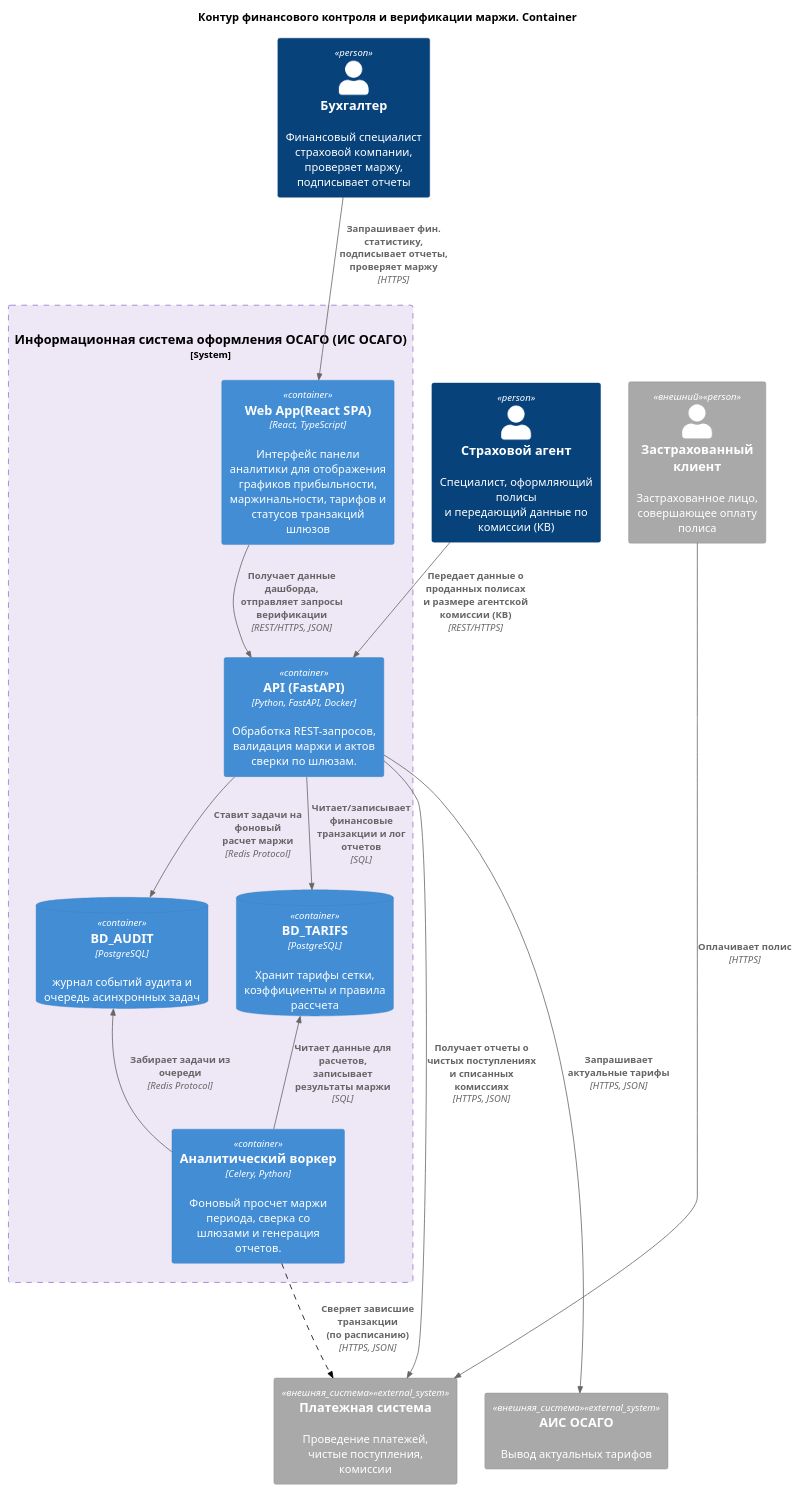
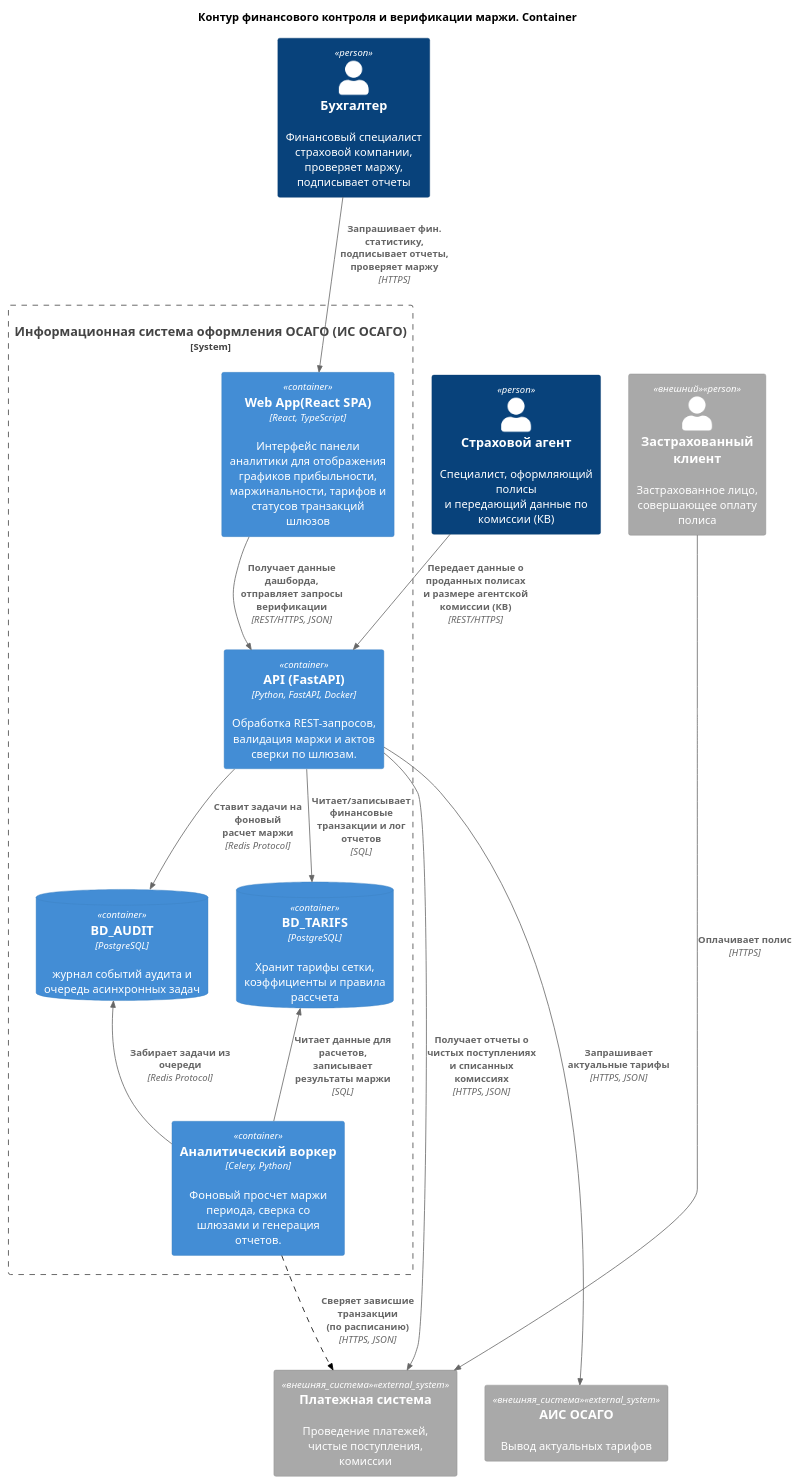
Before and after one commit to ElectricLight-ELO/Insurance-system: the diagram in docs_and_diagrams/Misha/container.puml, drawn with PlantUML. The commit also changed 1 other file, not shown here.

```diff
--- a/docs_and_diagrams/Misha/container.puml
+++ b/docs_and_diagrams/Misha/container.puml
@@ -1,70 +1,70 @@
 @startuml
 !include https://raw.githubusercontent.com/plantuml-stdlib/C4-PlantUML/master/C4_Container.puml
 
 title Контур финансового контроля и верификации маржи. Container
 
 ' === НАСТРОЙКА ЦВЕТОВ ===
 AddSystemTag("внешняя_система", $bgColor="#A9A9A9", $borderColor="#8A8A8A", $fontColor="#FFFFFF")
-AddBoundaryTag("фиолетовый_сервис", $bgColor="#EDE7F6", $borderColor="#9575CD", $fontColor="#000000")
+
 AddRelTag("пунктир", $lineStyle=DashedLine(), $lineColor="#000000", $legendText="Асинхронное взаимодействие (фоновая обработка)")
 
 AddPersonTag("внешний", $bgColor="#A9A9A9", $borderColor="#8A8A8A", $fontColor="#FFFFFF")
 AddSystemTag("внешняя_система", $bgColor="#A9A9A9", $borderColor="#8A8A8A", $fontColor="#FFFFFF")
 
 ' === ЭЛЕМЕНТЫ (Три актора) ===
 Person(accountant, "Бухгалтер", "Финансовый специалист страховой компании,\nпроверяет маржу, подписывает отчеты")
 Person(agent, "Страховой агент", "Специалист, оформляющий полисы\nи передающий данные по комиссии (КВ)")
 Person(client, "Застрахованный клиент", "Застрахованное лицо,\nсовершающее оплату полиса", $tags="внешний")
 
-System_Boundary(finance_service, "Информационная система оформления ОСАГО (ИС ОСАГО)", $tags="фиолетовый_сервис") {
+System_Boundary(finance_service, "Информационная система оформления ОСАГО (ИС ОСАГО)") {
     Container(web_app, "Web App(React SPA)", "React, TypeScript", "Интерфейс панели аналитики для отображения графиков прибыльности, маржинальности, тарифов и статусов транзакций шлюзов")
     Container(api, "API (FastAPI)", "Python, FastAPI, Docker", "Обработка REST-запросов, валидация маржи и актов сверки по шлюзам.")
     ContainerDb(database, "BD_TARIFS", "PostgreSQL", "Хранит тарифы сетки, коэффициенты и правила рассчета")
     ContainerDb(queue_db, "BD_AUDIT", "PostgreSQL", "журнал событий аудита и очередь асинхронных задач")
     Container(worker, "Аналитический воркер", "Celery, Python", "Фоновый просчет маржи периода, сверка со шлюзами и генерация отчетов.")
 }
 
 ' Внешние системы (серые, внизу)
 System_Ext(payment_sys, "Платежная система", "Проведение платежей, чистые поступления, комиссии", $tags="внешняя_система")
 System_Ext(ais_osago, "АИС ОСАГО", "Вывод актуальных тарифов", $tags="внешняя_система")
 
 ' === СВЯЗИ ===
 
 ' Персоны -> Система
 Rel(accountant, web_app, "Запрашивает фин. статистику,\nподписывает отчеты, проверяет маржу", "HTTPS")
 Rel(agent, api, "Передает данные о проданных полисах\nи размере агентской комиссии (КВ)", "REST/HTTPS")
 Rel(client, payment_sys, "Оплачивает полис", "HTTPS")
 
 ' Фронтенд -> API
 Rel(web_app, api, "Получает данные дашборда,\nотправляет запросы верификации", "REST/HTTPS, JSON")
 
 ' API -> внутренние хранилища
 Rel(api, database, "Читает/записывает финансовые\nтранзакции и лог отчетов", "SQL")
 Rel(api, queue_db, "Ставит задачи на фоновый\nрасчет маржи", "Redis Protocol")
 
 ' API -> внешние системы (синхронно)
 Rel(api, payment_sys, "Получает отчеты о чистых поступлениях\nи списанных комиссиях", "HTTPS, JSON")
 Rel(api, ais_osago, "Запрашивает актуальные тарифы", "HTTPS, JSON")
 
 ' Worker -> внутренние хранилища
 Rel(worker, queue_db, "Забирает задачи из очереди", "Redis Protocol")
 Rel(worker, database, "Читает данные для расчетов,\nзаписывает результаты маржи", "SQL")
 
 ' Worker -> внешние системы (асинхронно, пунктир)
 Rel(worker, payment_sys, "Сверяет зависшие транзакции\n(по расписанию)", "HTTPS, JSON", $tags="пунктир")
 
 ' === УПРАВЛЕНИЕ LAYOUT (скрытые связи) ===
 
 accountant -[hidden]right- agent
 agent -[hidden]right- client
 
 accountant -[hidden]down- web_app
 web_app -[hidden]down- api
 api -[hidden]down- queue_db
 database -[hidden]right- queue_db
 queue_db -[hidden]down- worker
 
 finance_service -[hidden]down- payment_sys
 payment_sys -[hidden]right- ais_osago
 
 @enduml
```
